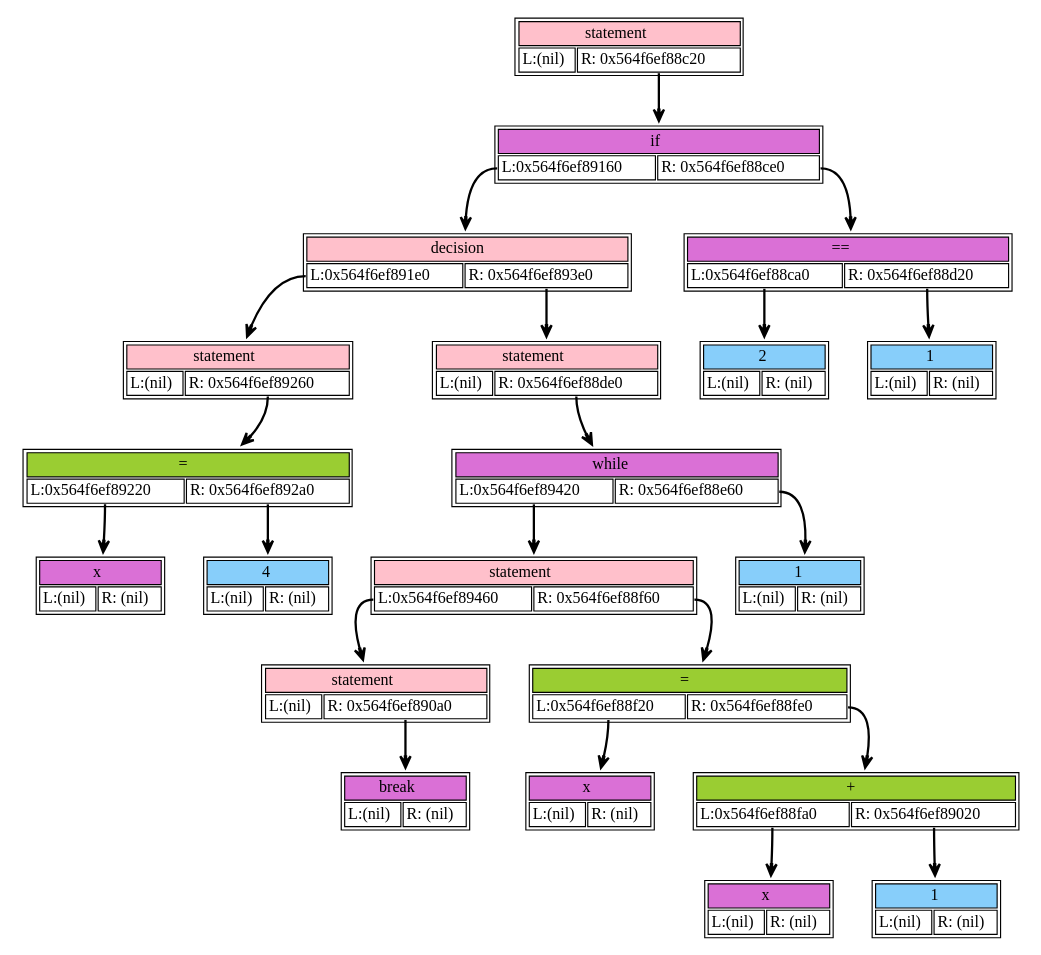
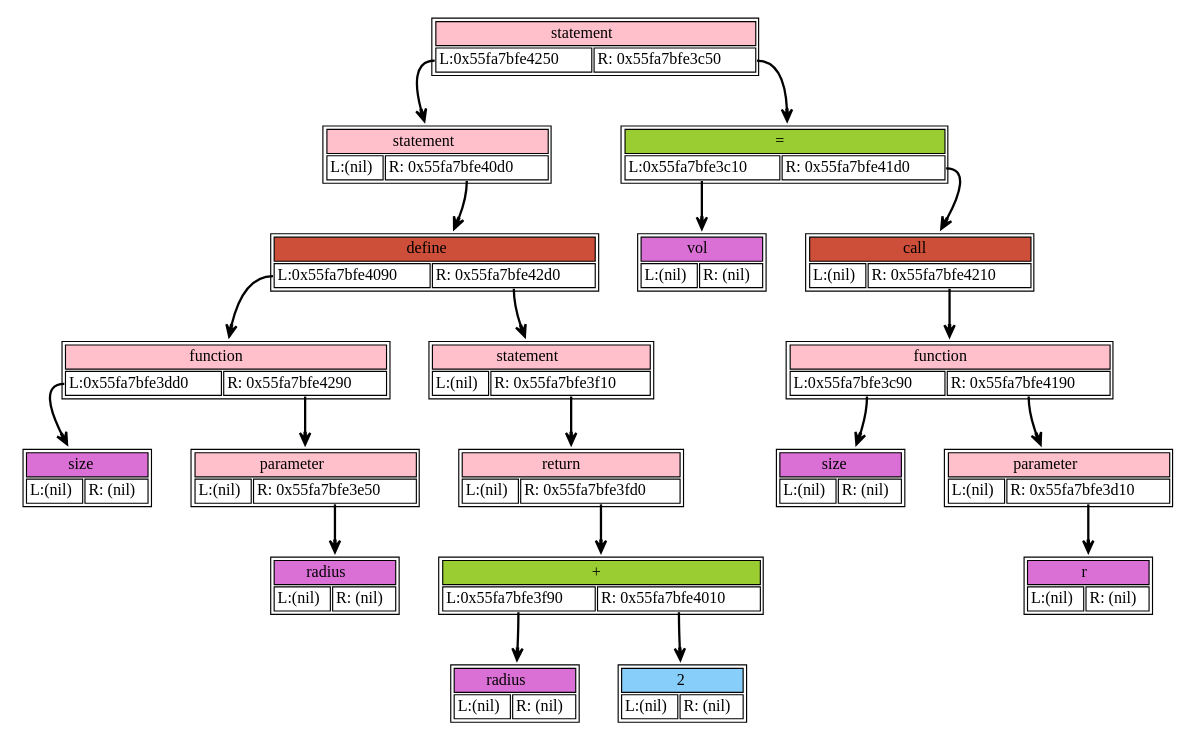
One commit to Varnike/language changed the diagram in dump/dump.dot. Above: the diagram before and after it, drawn with Graphviz. The commit also changed 6 other files, not shown here.

```diff
--- a/dump/dump.dot
+++ b/dump/dump.dot
@@ -1,128 +1,116 @@
 digraph dump_graph {
 	rankdir=TV; 
-node0x564f6ef893a0 [shape=plaintext
+node0x55fa7bfe4250 [shape=plaintext
 					label=<<table border='1' cellborder='1'>
 			<tr><td colspan="2" bgcolor="pink" > statement</td></tr>
-					<tr><td port= "lchild">L:(nil)</td><td port="rchild">R: 0x564f6ef88c20</td></tr>
+					<tr><td port= "lchild">L:(nil)</td><td port="rchild">R: 0x55fa7bfe40d0</td></tr>
 				</table>>];
-		node0x564f6ef893a0:rchild -> node0x564f6ef88c20[style=bold, arrowhead=vee];
-node0x564f6ef891e0 [shape=plaintext
+		node0x55fa7bfe4250:rchild -> node0x55fa7bfe40d0[style=bold, arrowhead=vee];
+node0x55fa7bfe3dd0 [shape=plaintext
+					label=<<table border='1' cellborder='1'>
+			<tr><td colspan="2" bgcolor="orchid" > size</td></tr>
+					<tr><td port= "lchild">L:(nil)</td><td port="rchild">R: (nil)</td></tr>
+				</table>>];
+node0x55fa7bfe4090 [shape=plaintext
+					label=<<table border='1' cellborder='1'>
+			<tr><td colspan="2" bgcolor="pink" > function</td></tr>
+					<tr><td port= "lchild">L:0x55fa7bfe3dd0</td><td port="rchild">R: 0x55fa7bfe4290</td></tr>
+				</table>>];
+		node0x55fa7bfe4090:lchild -> node0x55fa7bfe3dd0[style=bold, arrowhead=vee];
+		node0x55fa7bfe4090:rchild -> node0x55fa7bfe4290[style=bold, arrowhead=vee];
+node0x55fa7bfe4290 [shape=plaintext
+					label=<<table border='1' cellborder='1'>
+			<tr><td colspan="2" bgcolor="pink" > parameter</td></tr>
+					<tr><td port= "lchild">L:(nil)</td><td port="rchild">R: 0x55fa7bfe3e50</td></tr>
+				</table>>];
+		node0x55fa7bfe4290:rchild -> node0x55fa7bfe3e50[style=bold, arrowhead=vee];
+node0x55fa7bfe3e50 [shape=plaintext
+					label=<<table border='1' cellborder='1'>
+			<tr><td colspan="2" bgcolor="orchid" > radius</td></tr>
+					<tr><td port= "lchild">L:(nil)</td><td port="rchild">R: (nil)</td></tr>
+				</table>>];
+node0x55fa7bfe40d0 [shape=plaintext
+					label=<<table border='1' cellborder='1'>
+			<tr><td colspan="2" bgcolor="tomato3" > define</td></tr>
+					<tr><td port= "lchild">L:0x55fa7bfe4090</td><td port="rchild">R: 0x55fa7bfe42d0</td></tr>
+				</table>>];
+		node0x55fa7bfe40d0:lchild -> node0x55fa7bfe4090[style=bold, arrowhead=vee];
+		node0x55fa7bfe40d0:rchild -> node0x55fa7bfe42d0[style=bold, arrowhead=vee];
+node0x55fa7bfe42d0 [shape=plaintext
 					label=<<table border='1' cellborder='1'>
 			<tr><td colspan="2" bgcolor="pink" > statement</td></tr>
-					<tr><td port= "lchild">L:(nil)</td><td port="rchild">R: 0x564f6ef89260</td></tr>
+					<tr><td port= "lchild">L:(nil)</td><td port="rchild">R: 0x55fa7bfe3f10</td></tr>
 				</table>>];
-		node0x564f6ef891e0:rchild -> node0x564f6ef89260[style=bold, arrowhead=vee];
-node0x564f6ef89220 [shape=plaintext
+		node0x55fa7bfe42d0:rchild -> node0x55fa7bfe3f10[style=bold, arrowhead=vee];
+node0x55fa7bfe3f10 [shape=plaintext
 					label=<<table border='1' cellborder='1'>
-			<tr><td colspan="2" bgcolor="orchid" > x</td></tr>
+			<tr><td colspan="2" bgcolor="pink" > return</td></tr>
+					<tr><td port= "lchild">L:(nil)</td><td port="rchild">R: 0x55fa7bfe3fd0</td></tr>
+				</table>>];
+		node0x55fa7bfe3f10:rchild -> node0x55fa7bfe3fd0[style=bold, arrowhead=vee];
+node0x55fa7bfe3f90 [shape=plaintext
+					label=<<table border='1' cellborder='1'>
+			<tr><td colspan="2" bgcolor="orchid" > radius</td></tr>
 					<tr><td port= "lchild">L:(nil)</td><td port="rchild">R: (nil)</td></tr>
 				</table>>];
-node0x564f6ef89260 [shape=plaintext
-					label=<<table border='1' cellborder='1'>
-			<tr><td colspan="2" bgcolor="olivedrab3" > =</td></tr>
-					<tr><td port= "lchild">L:0x564f6ef89220</td><td port="rchild">R: 0x564f6ef892a0</td></tr>
-				</table>>];
-		node0x564f6ef89260:lchild -> node0x564f6ef89220[style=bold, arrowhead=vee];
-		node0x564f6ef89260:rchild -> node0x564f6ef892a0[style=bold, arrowhead=vee];
-node0x564f6ef892a0 [shape=plaintext
-					label=<<table border='1' cellborder='1'>
-			<tr><td colspan="2" bgcolor="lightskyblue" >4</td></tr>
-					<tr><td port= "lchild">L:(nil)</td><td port="rchild">R: (nil)</td></tr>
-				</table>>];
-node0x564f6ef89160 [shape=plaintext
-					label=<<table border='1' cellborder='1'>
-			<tr><td colspan="2" bgcolor="pink" > decision</td></tr>
-					<tr><td port= "lchild">L:0x564f6ef891e0</td><td port="rchild">R: 0x564f6ef893e0</td></tr>
-				</table>>];
-		node0x564f6ef89160:lchild -> node0x564f6ef891e0[style=bold, arrowhead=vee];
-		node0x564f6ef89160:rchild -> node0x564f6ef893e0[style=bold, arrowhead=vee];
-node0x564f6ef893e0 [shape=plaintext
-					label=<<table border='1' cellborder='1'>
-			<tr><td colspan="2" bgcolor="pink" > statement</td></tr>
-					<tr><td port= "lchild">L:(nil)</td><td port="rchild">R: 0x564f6ef88de0</td></tr>
-				</table>>];
-		node0x564f6ef893e0:rchild -> node0x564f6ef88de0[style=bold, arrowhead=vee];
-node0x564f6ef89460 [shape=plaintext
-					label=<<table border='1' cellborder='1'>
-			<tr><td colspan="2" bgcolor="pink" > statement</td></tr>
-					<tr><td port= "lchild">L:(nil)</td><td port="rchild">R: 0x564f6ef890a0</td></tr>
-				</table>>];
-		node0x564f6ef89460:rchild -> node0x564f6ef890a0[style=bold, arrowhead=vee];
-node0x564f6ef890a0 [shape=plaintext
-					label=<<table border='1' cellborder='1'>
-			<tr><td colspan="2" bgcolor="orchid" > break</td></tr>
-					<tr><td port= "lchild">L:(nil)</td><td port="rchild">R: (nil)</td></tr>
-				</table>>];
-node0x564f6ef89420 [shape=plaintext
-					label=<<table border='1' cellborder='1'>
-			<tr><td colspan="2" bgcolor="pink" > statement</td></tr>
-					<tr><td port= "lchild">L:0x564f6ef89460</td><td port="rchild">R: 0x564f6ef88f60</td></tr>
-				</table>>];
-		node0x564f6ef89420:lchild -> node0x564f6ef89460[style=bold, arrowhead=vee];
-		node0x564f6ef89420:rchild -> node0x564f6ef88f60[style=bold, arrowhead=vee];
-node0x564f6ef88f20 [shape=plaintext
-					label=<<table border='1' cellborder='1'>
-			<tr><td colspan="2" bgcolor="orchid" > x</td></tr>
-					<tr><td port= "lchild">L:(nil)</td><td port="rchild">R: (nil)</td></tr>
-				</table>>];
-node0x564f6ef88f60 [shape=plaintext
-					label=<<table border='1' cellborder='1'>
-			<tr><td colspan="2" bgcolor="olivedrab3" > =</td></tr>
-					<tr><td port= "lchild">L:0x564f6ef88f20</td><td port="rchild">R: 0x564f6ef88fe0</td></tr>
-				</table>>];
-		node0x564f6ef88f60:lchild -> node0x564f6ef88f20[style=bold, arrowhead=vee];
-		node0x564f6ef88f60:rchild -> node0x564f6ef88fe0[style=bold, arrowhead=vee];
-node0x564f6ef88fa0 [shape=plaintext
-					label=<<table border='1' cellborder='1'>
-			<tr><td colspan="2" bgcolor="orchid" > x</td></tr>
-					<tr><td port= "lchild">L:(nil)</td><td port="rchild">R: (nil)</td></tr>
-				</table>>];
-node0x564f6ef88fe0 [shape=plaintext
+node0x55fa7bfe3fd0 [shape=plaintext
 					label=<<table border='1' cellborder='1'>
 			<tr><td colspan="2" bgcolor="olivedrab3" > +</td></tr>
-					<tr><td port= "lchild">L:0x564f6ef88fa0</td><td port="rchild">R: 0x564f6ef89020</td></tr>
+					<tr><td port= "lchild">L:0x55fa7bfe3f90</td><td port="rchild">R: 0x55fa7bfe4010</td></tr>
 				</table>>];
-		node0x564f6ef88fe0:lchild -> node0x564f6ef88fa0[style=bold, arrowhead=vee];
-		node0x564f6ef88fe0:rchild -> node0x564f6ef89020[style=bold, arrowhead=vee];
-node0x564f6ef89020 [shape=plaintext
-					label=<<table border='1' cellborder='1'>
-			<tr><td colspan="2" bgcolor="lightskyblue" >1</td></tr>
-					<tr><td port= "lchild">L:(nil)</td><td port="rchild">R: (nil)</td></tr>
-				</table>>];
-node0x564f6ef88de0 [shape=plaintext
-					label=<<table border='1' cellborder='1'>
-			<tr><td colspan="2" bgcolor="orchid" > while</td></tr>
-					<tr><td port= "lchild">L:0x564f6ef89420</td><td port="rchild">R: 0x564f6ef88e60</td></tr>
-				</table>>];
-		node0x564f6ef88de0:lchild -> node0x564f6ef89420[style=bold, arrowhead=vee];
-		node0x564f6ef88de0:rchild -> node0x564f6ef88e60[style=bold, arrowhead=vee];
-node0x564f6ef88e60 [shape=plaintext
-					label=<<table border='1' cellborder='1'>
-			<tr><td colspan="2" bgcolor="lightskyblue" >1</td></tr>
-					<tr><td port= "lchild">L:(nil)</td><td port="rchild">R: (nil)</td></tr>
-				</table>>];
-node0x564f6ef88c20 [shape=plaintext
-					label=<<table border='1' cellborder='1'>
-			<tr><td colspan="2" bgcolor="orchid" > if</td></tr>
-					<tr><td port= "lchild">L:0x564f6ef89160</td><td port="rchild">R: 0x564f6ef88ce0</td></tr>
-				</table>>];
-		node0x564f6ef88c20:lchild -> node0x564f6ef89160[style=bold, arrowhead=vee];
-		node0x564f6ef88c20:rchild -> node0x564f6ef88ce0[style=bold, arrowhead=vee];
-node0x564f6ef88ca0 [shape=plaintext
+		node0x55fa7bfe3fd0:lchild -> node0x55fa7bfe3f90[style=bold, arrowhead=vee];
+		node0x55fa7bfe3fd0:rchild -> node0x55fa7bfe4010[style=bold, arrowhead=vee];
+node0x55fa7bfe4010 [shape=plaintext
 					label=<<table border='1' cellborder='1'>
 			<tr><td colspan="2" bgcolor="lightskyblue" >2</td></tr>
 					<tr><td port= "lchild">L:(nil)</td><td port="rchild">R: (nil)</td></tr>
 				</table>>];
-node0x564f6ef88ce0 [shape=plaintext
+node0x55fa7bfe4150 [shape=plaintext
 					label=<<table border='1' cellborder='1'>
-			<tr><td colspan="2" bgcolor="orchid" > ==</td></tr>
-					<tr><td port= "lchild">L:0x564f6ef88ca0</td><td port="rchild">R: 0x564f6ef88d20</td></tr>
+			<tr><td colspan="2" bgcolor="pink" > statement</td></tr>
+					<tr><td port= "lchild">L:0x55fa7bfe4250</td><td port="rchild">R: 0x55fa7bfe3c50</td></tr>
 				</table>>];
-		node0x564f6ef88ce0:lchild -> node0x564f6ef88ca0[style=bold, arrowhead=vee];
-		node0x564f6ef88ce0:rchild -> node0x564f6ef88d20[style=bold, arrowhead=vee];
-node0x564f6ef88d20 [shape=plaintext
+		node0x55fa7bfe4150:lchild -> node0x55fa7bfe4250[style=bold, arrowhead=vee];
+		node0x55fa7bfe4150:rchild -> node0x55fa7bfe3c50[style=bold, arrowhead=vee];
+node0x55fa7bfe3c10 [shape=plaintext
 					label=<<table border='1' cellborder='1'>
-			<tr><td colspan="2" bgcolor="lightskyblue" >1</td></tr>
+			<tr><td colspan="2" bgcolor="orchid" > vol</td></tr>
+					<tr><td port= "lchild">L:(nil)</td><td port="rchild">R: (nil)</td></tr>
+				</table>>];
+node0x55fa7bfe3c50 [shape=plaintext
+					label=<<table border='1' cellborder='1'>
+			<tr><td colspan="2" bgcolor="olivedrab3" > =</td></tr>
+					<tr><td port= "lchild">L:0x55fa7bfe3c10</td><td port="rchild">R: 0x55fa7bfe41d0</td></tr>
+				</table>>];
+		node0x55fa7bfe3c50:lchild -> node0x55fa7bfe3c10[style=bold, arrowhead=vee];
+		node0x55fa7bfe3c50:rchild -> node0x55fa7bfe41d0[style=bold, arrowhead=vee];
+node0x55fa7bfe41d0 [shape=plaintext
+					label=<<table border='1' cellborder='1'>
+			<tr><td colspan="2" bgcolor="tomato3" > call</td></tr>
+					<tr><td port= "lchild">L:(nil)</td><td port="rchild">R: 0x55fa7bfe4210</td></tr>
+				</table>>];
+		node0x55fa7bfe41d0:rchild -> node0x55fa7bfe4210[style=bold, arrowhead=vee];
+node0x55fa7bfe3c90 [shape=plaintext
+					label=<<table border='1' cellborder='1'>
+			<tr><td colspan="2" bgcolor="orchid" > size</td></tr>
+					<tr><td port= "lchild">L:(nil)</td><td port="rchild">R: (nil)</td></tr>
+				</table>>];
+node0x55fa7bfe4210 [shape=plaintext
+					label=<<table border='1' cellborder='1'>
+			<tr><td colspan="2" bgcolor="pink" > function</td></tr>
+					<tr><td port= "lchild">L:0x55fa7bfe3c90</td><td port="rchild">R: 0x55fa7bfe4190</td></tr>
+				</table>>];
+		node0x55fa7bfe4210:lchild -> node0x55fa7bfe3c90[style=bold, arrowhead=vee];
+		node0x55fa7bfe4210:rchild -> node0x55fa7bfe4190[style=bold, arrowhead=vee];
+node0x55fa7bfe4190 [shape=plaintext
+					label=<<table border='1' cellborder='1'>
+			<tr><td colspan="2" bgcolor="pink" > parameter</td></tr>
+					<tr><td port= "lchild">L:(nil)</td><td port="rchild">R: 0x55fa7bfe3d10</td></tr>
+				</table>>];
+		node0x55fa7bfe4190:rchild -> node0x55fa7bfe3d10[style=bold, arrowhead=vee];
+node0x55fa7bfe3d10 [shape=plaintext
+					label=<<table border='1' cellborder='1'>
+			<tr><td colspan="2" bgcolor="orchid" > r</td></tr>
 					<tr><td port= "lchild">L:(nil)</td><td port="rchild">R: (nil)</td></tr>
 				</table>>];
 }
```
